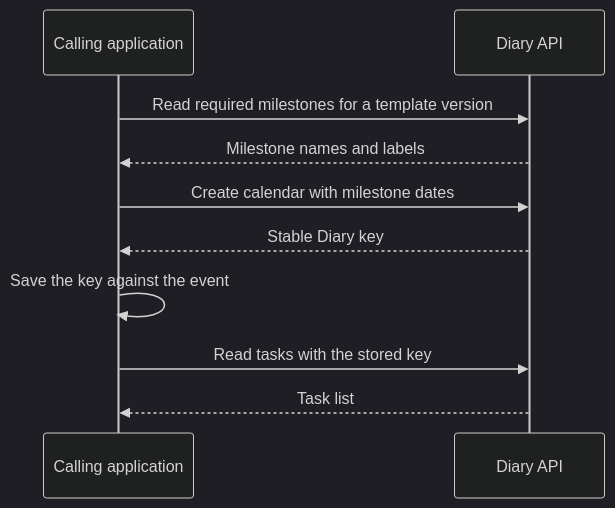
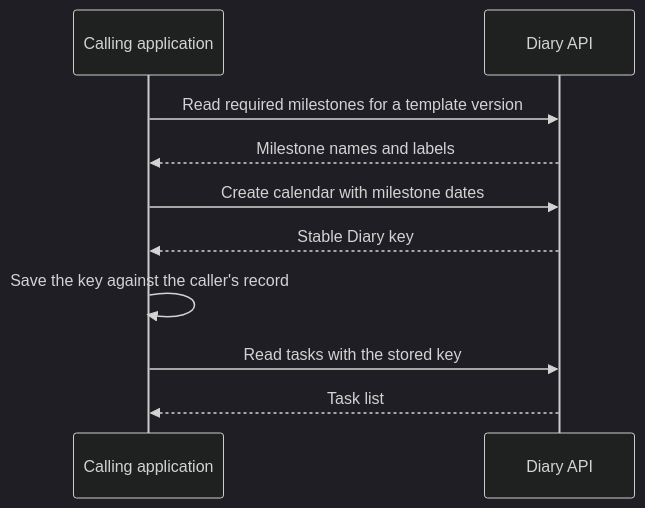
Before and after one commit to TonyFlury/GarageSale: the second of 13 diagrams in docs/design/event-calendar.md, drawn with Mermaid (dark theme). The commit also changed other lines of this file, not shown here.

Commit message:
docs: use generic Diary diagram inputs and clarify caller identity

````diff
--- a/docs/design/event-calendar.md
+++ b/docs/design/event-calendar.md
@@ -202,12 +208,12 @@
 ```mermaid
 sequenceDiagram
     participant H as Calling application
     participant D as Diary API
     H->>D: Read required milestones for a template version
     D-->>H: Milestone names and labels
     H->>D: Create calendar with milestone dates
     D-->>H: Stable Diary key
-    H->>H: Save the key against the event
+    H->>H: Save the key against the caller's record
     H->>D: Read tasks with the stored key
     D-->>H: Task list
 ```
````
